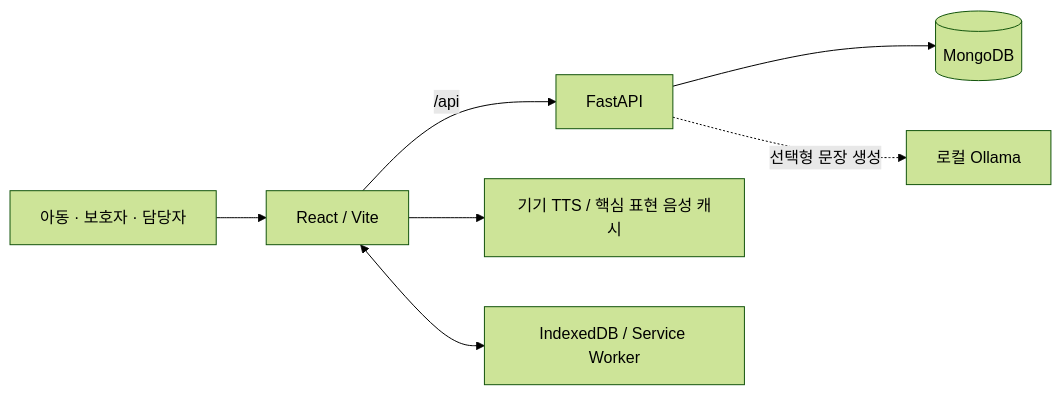
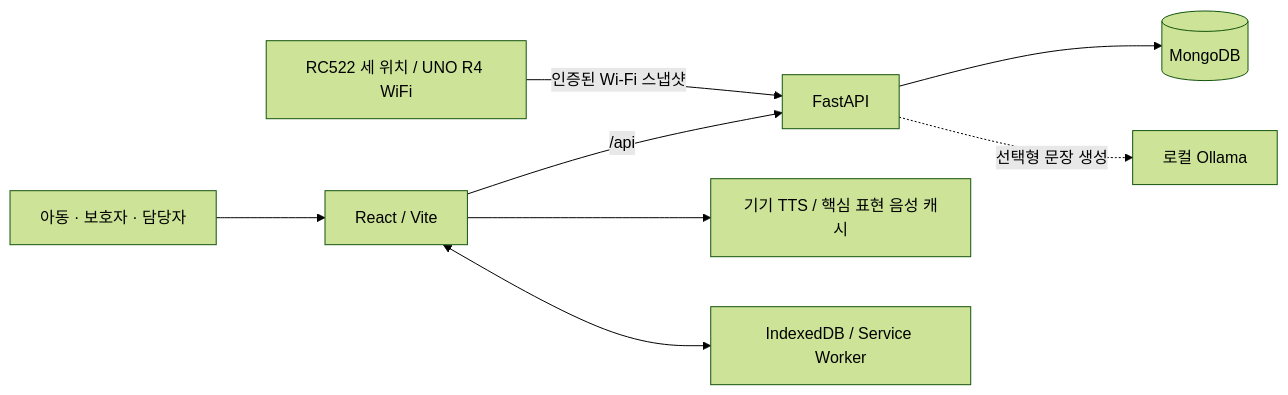
The diagram in README.md (PECS-MATE/pesc-mate), drawn with Mermaid (forest theme) before and after one commit. The commit also changed other lines of this file and 29 other files, not shown here.

````diff
--- a/README.md
+++ b/README.md
@@ -109,9 +114,10 @@
 ```mermaid
 flowchart LR
     User["아동 · 보호자 · 담당자"] --> Web["React / Vite"]
     Web -->|/api| API["FastAPI"]
+    RFID["RC522 세 위치 / UNO R4 WiFi"] -->|"인증된 Wi-Fi 스냅샷"| API
     API --> DB[("MongoDB")]
     API -. "선택형 문장 생성" .-> LLM["로컬 Ollama"]
     Web --> Voice["기기 TTS / 핵심 표현 음성 캐시"]
     Web <--> Cache["IndexedDB / Service Worker"]
 ```
````
